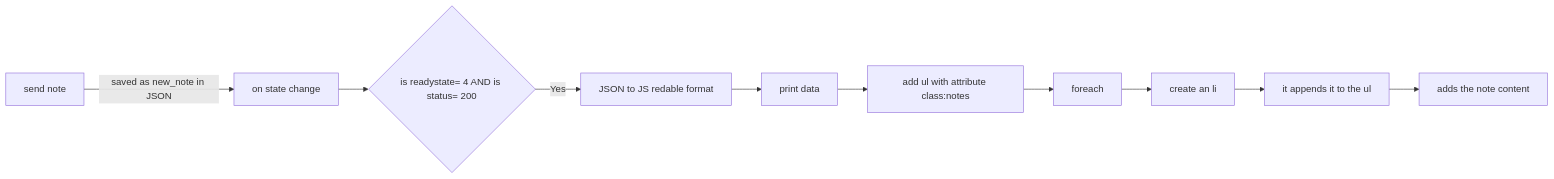
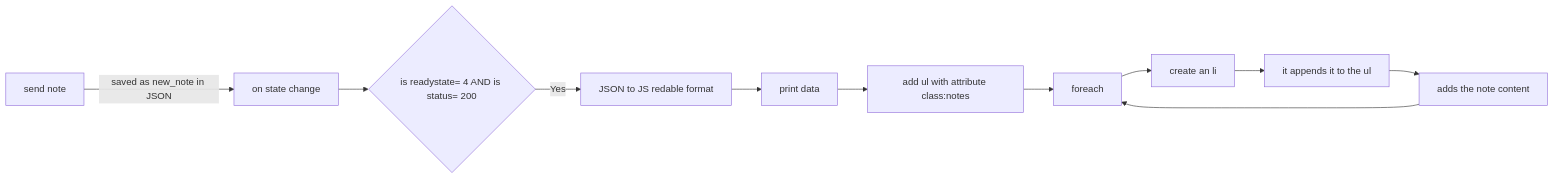
The diagram in README.md (Mafant13/FullStackOpenCourse), drawn with Mermaid before and after one commit.

Commit message:
Fix flowchart syntax in README.md

````diff
--- a/README.md
+++ b/README.md
@@ -1,6 +1,6 @@
 ``` mermaid
   flowchart LR
 
 A[send note] --> |saved as new_note in JSON| B[on state change] --> C{is readystate= 4 AND is status= 200};
-C --> |Yes| D[JSON to JS redable format] --> E[print data] --> F[add ul with attribute class:notes] --> G[foreach] --> H[create an li] --> I[it appends it to the ul] --> J[adds the note content]
+C --> |Yes| D[JSON to JS redable format] --> E[print data] --> F[add ul with attribute class:notes] --> G[foreach] --> H[create an li] --> I[it appends it to the ul] --> J[adds the note content] -->G
 ```
````
